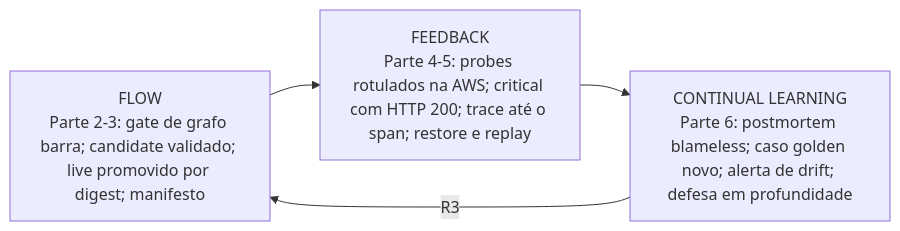
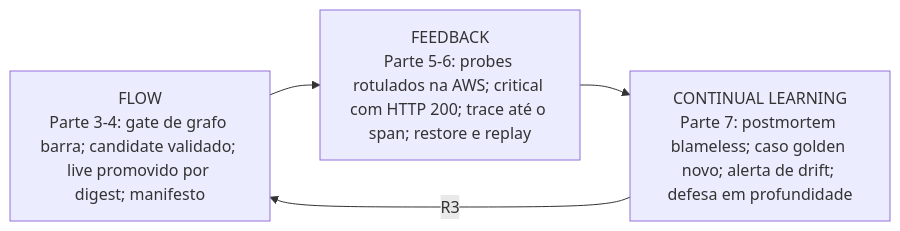
Before and after one commit to DiegoRicco/FIAP-AI-Devops-CICD: the second of 2 diagrams in 04-GenAIOps/02-Operacao-Observabilidade-Qualidade-Continua/README.md, drawn with Mermaid. The commit also changed other lines of this file and 2 other files, not shown here.

````diff
--- a/04-GenAIOps/02-Operacao-Observabilidade-Qualidade-Continua/README.md
+++ b/04-GenAIOps/02-Operacao-Observabilidade-Qualidade-Continua/README.md
@@ -1202,6 +1202,6 @@
 ```mermaid
 flowchart LR
-    F["FLOW<br/>Parte 2-3: gate de grafo barra; candidate validado; live promovido por digest; manifesto"] --> FB["FEEDBACK<br/>Parte 4-5: probes rotulados na AWS; critical com HTTP 200; trace até o span; restore e replay"]
-    FB --> L["CONTINUAL LEARNING<br/>Parte 6: postmortem blameless; caso golden novo; alerta de drift; defesa em profundidade"]
+    F["FLOW<br/>Parte 3-4: gate de grafo barra; candidate validado; live promovido por digest; manifesto"] --> FB["FEEDBACK<br/>Parte 5-6: probes rotulados na AWS; critical com HTTP 200; trace até o span; restore e replay"]
+    FB --> L["CONTINUAL LEARNING<br/>Parte 7: postmortem blameless; caso golden novo; alerta de drift; defesa em profundidade"]
     L -->|R3| F
 ```
````
